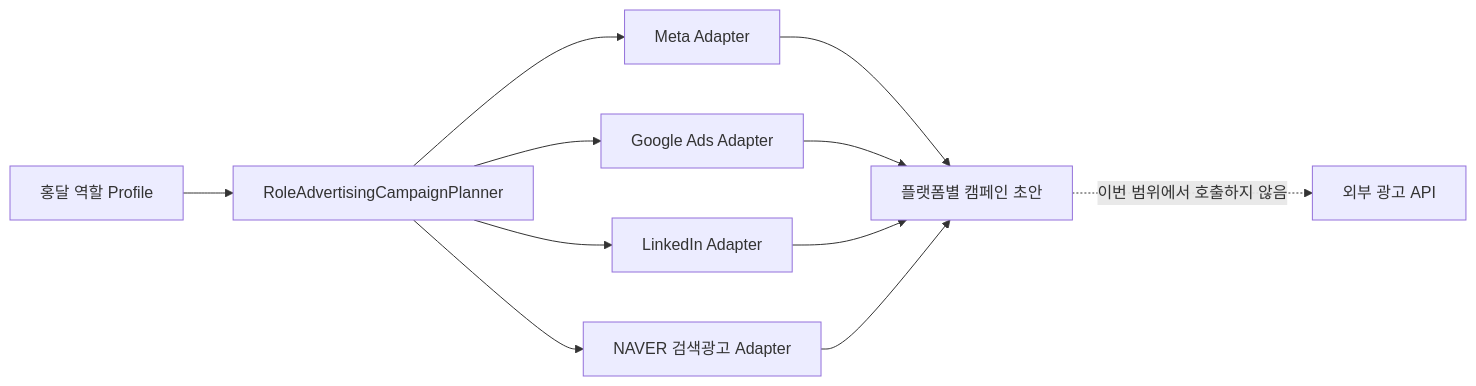
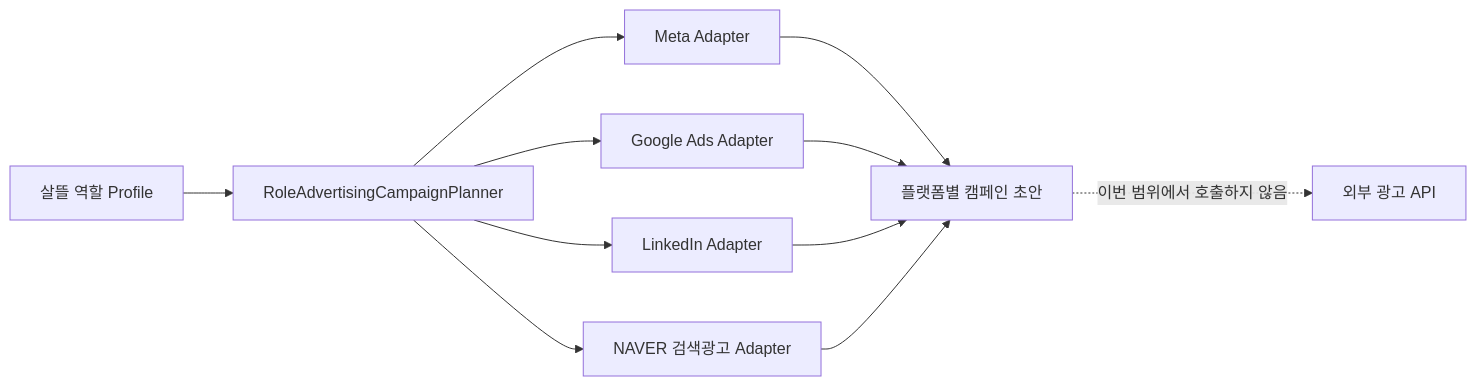
The diagram in docs/Architecture/RoleBasedAdvertisingIntegration.md (cheolwo/hongdal), drawn with Mermaid before and after one commit. The commit also changed other lines of this file and 6611 other files, not shown here.

````diff
--- a/docs/Architecture/RoleBasedAdvertisingIntegration.md
+++ b/docs/Architecture/RoleBasedAdvertisingIntegration.md
@@ -18,13 +18,13 @@
 ```mermaid
 flowchart LR
-    A["홍달 역할 Profile"] --> B["RoleAdvertisingCampaignPlanner"]
+    A["살뜰 역할 Profile"] --> B["RoleAdvertisingCampaignPlanner"]
     B --> C["Meta Adapter"]
     B --> D["Google Ads Adapter"]
     B --> E["LinkedIn Adapter"]
     B --> F["NAVER 검색광고 Adapter"]
     C --> G["플랫폼별 캠페인 초안"]
     D --> G
     E --> G
     F --> G
     G -. "이번 범위에서 호출하지 않음" .-> H["외부 광고 API"]
 ```
````
